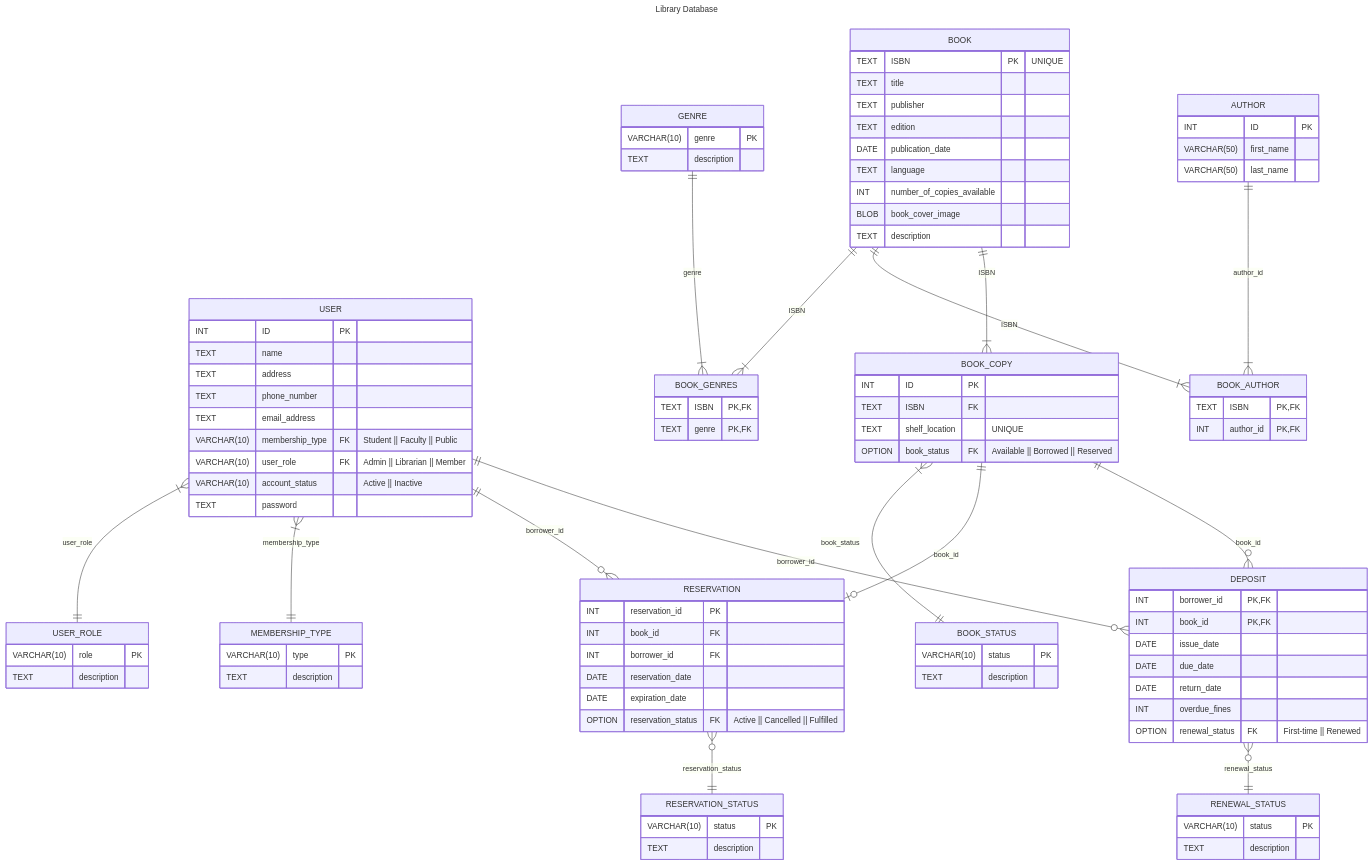
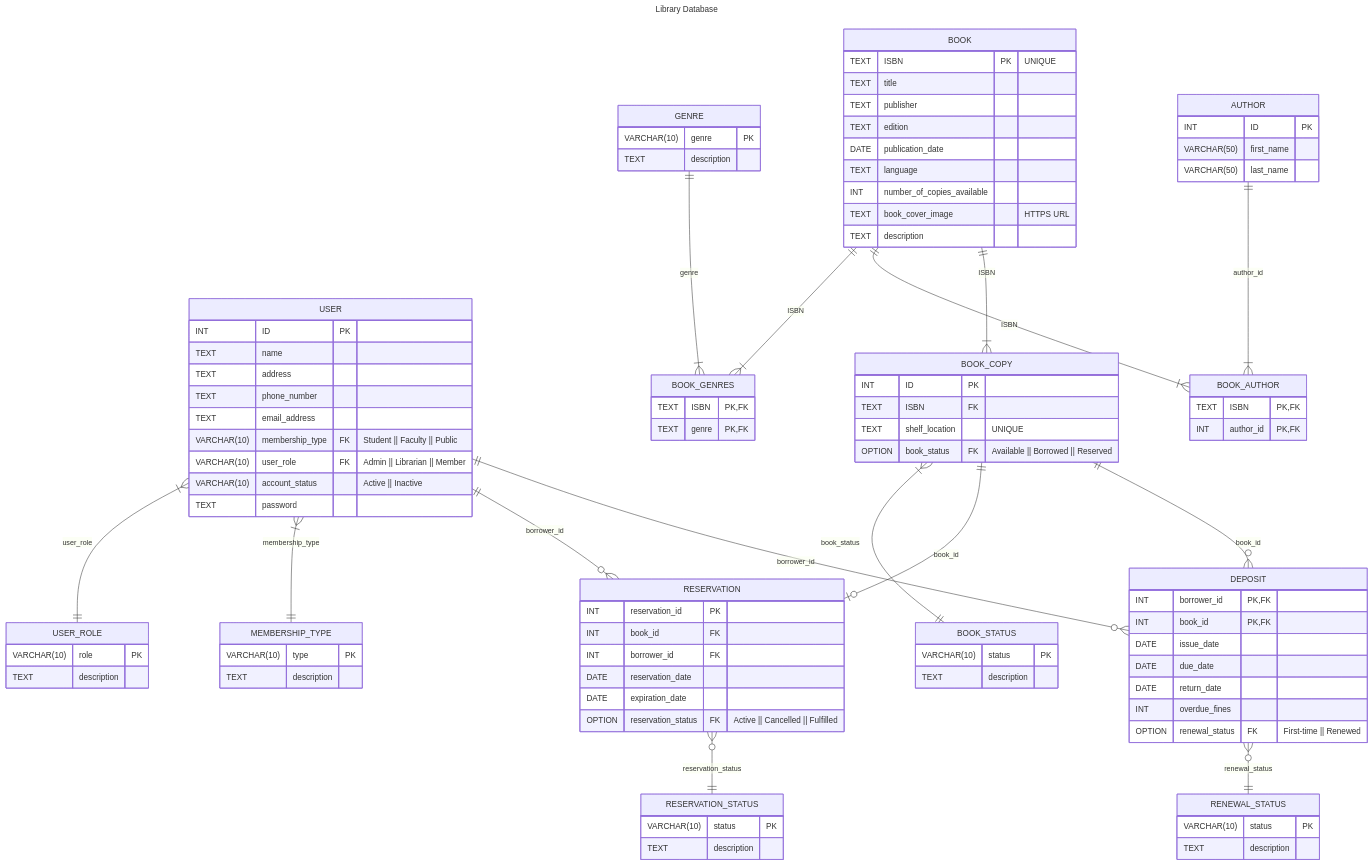
Before and after one commit to SadNguyen2107/Library-Management-Software-CS3332: the diagram in Diagrams/Database/EntityRelationshipDiagrams.md, drawn with Mermaid. The commit also changed other lines of this file and 5 other files, not shown here.

Commit message:
Change Image from BLOB datatype to URL

```diff
--- a/Diagrams/Database/EntityRelationshipDiagrams.md
+++ b/Diagrams/Database/EntityRelationshipDiagrams.md
@@ -37,7 +37,7 @@
         DATE publication_date
         TEXT language
         INT number_of_copies_available
-        BLOB book_cover_image
+        TEXT book_cover_image "HTTPS URL"
         TEXT description
     }
 
```
